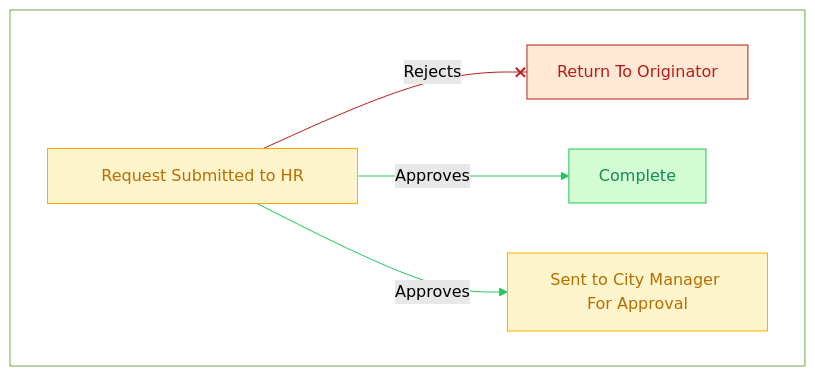
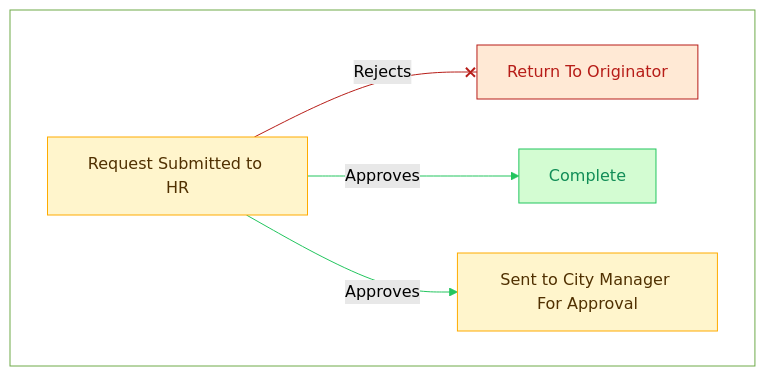
Before and after one commit to CBHFinance/arfHelpDocs: the third of 4 diagrams in docs/overview.md, drawn with Mermaid (forest theme). The commit also changed other lines of this file and 9 other files, not shown here.

````diff
--- a/docs/overview.md
+++ b/docs/overview.md
@@ -53,19 +67,19 @@
 ```mermaid
 flowchart TD
  subgraph subgraph_hrApproval["<p> &nbsp;</p>"]
-        A["<p style="width:250px;height:25px;margin:0px;">Request Submitted to HR</p>"]
+        A["Request Submitted to HR"]
         B["Return To Originator"]
         C["Complete"]
         D["Sent to City Manager For Approval"]
   end
     A -- Rejects --x B
     A -- Approves --> C & D
-    style A color:#B76E00, fill:#FFF5CC,stroke:#FFAB00
+    style A color:#503001, fill:#FFF5CC,stroke:#FFAB00
     style B color:#B71D18,fill:#FFE9D5,stroke:#B71D18
     style C color:#118D57,stroke:#22C55E,fill:#D3FCD2 
-    style D color:#B76E00, fill:#FFF5CC,stroke:#FFAB00
+    style D color:#503001, fill:#FFF5CC,stroke:#FFAB00
     style subgraph_hrApproval fill:none
     linkStyle 0 stroke:#B71D18,fill:none
     linkStyle 1 stroke:#22C55E,fill:none
     linkStyle 2 stroke:#22C55E,fill:none
 ```
````
